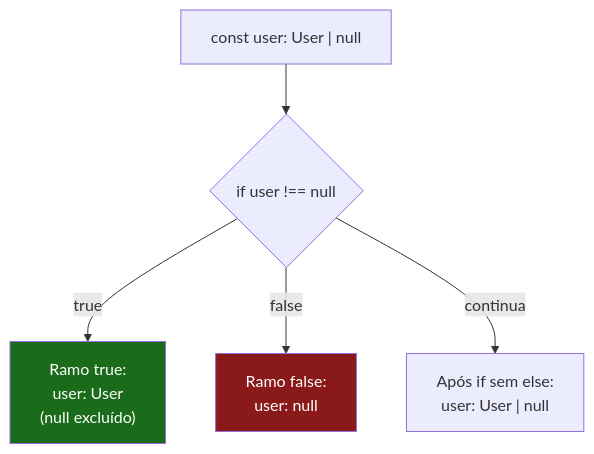
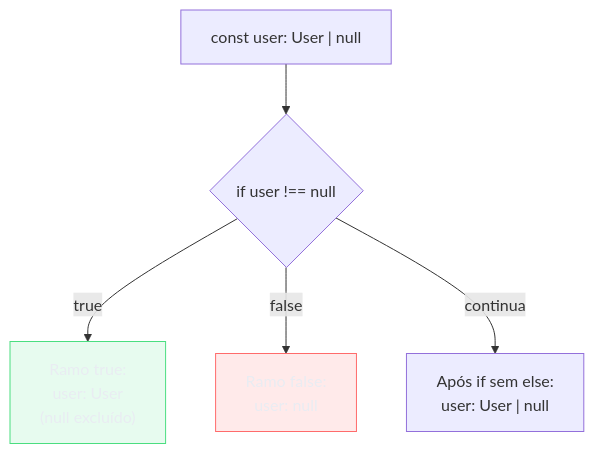
One commit to josenaldo/codex-technomanticus changed the second of 5 diagrams in 03-Dominios/Tecnologia/TypeScript/05 - strictNullChecks - null, undefined e optional.md. Above: the diagram before and after it, drawn with Mermaid. The commit also changed other lines of this file and 1181 other files, not shown here.

First line of the commit message:
fix(diagramas): paleta do sistema no lugar de cor cravada no markdown

````diff
--- a/03-Dominios/Tecnologia/TypeScript/05 - strictNullChecks - null, undefined e optional.md
+++ b/03-Dominios/Tecnologia/TypeScript/05 - strictNullChecks - null, undefined e optional.md
@@ -112,16 +114,18 @@
 ```mermaid
 flowchart TD
+    classDef ok fill:#4ADE8021,stroke:#4ADE80,color:#E9ECF2
+    classDef falha fill:#FF6B6B24,stroke:#FF6B6B,color:#E9ECF2
     A["const user: User | null"]
     B{"if user !== null"}
     C["Ramo true:\nuser: User\n(null excluído)"]
     D["Ramo false:\nuser: null"]
     E["Após if sem else:\nuser: User | null"]
 
     A --> B
     B -->|true| C
     B -->|false| D
     B -->|"continua"| E
 
-    style C fill:#1a6b1a,color:#fff
-    style D fill:#8a1a1a,color:#fff
+    class C ok
+    class D falha
 ```
````
